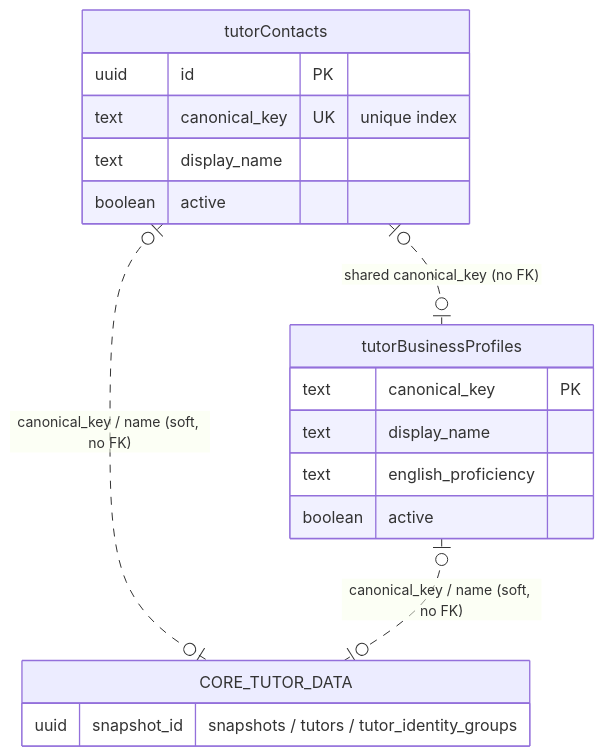
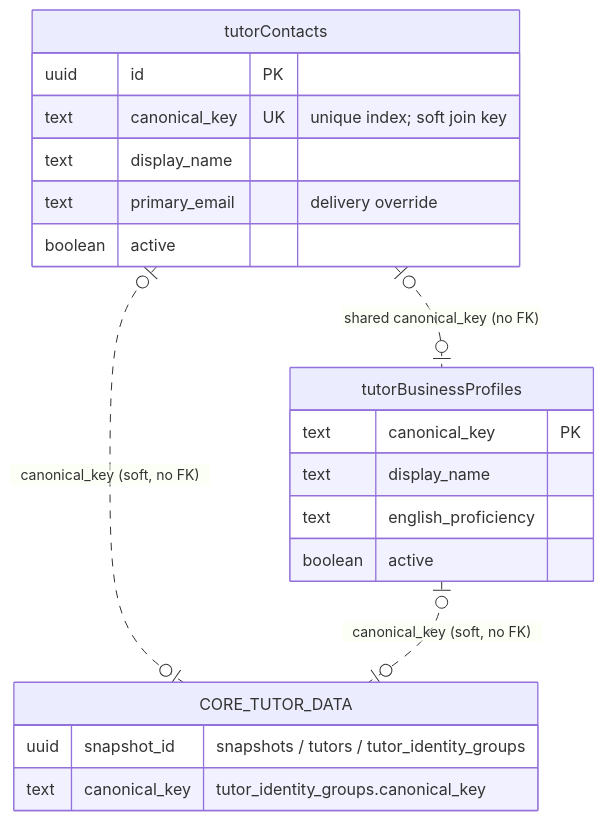
One commit to kasheesh711/bgscheduler changed the diagram in docs/reference/database/erd-tutor-profiles.md. Above: the diagram before and after it, drawn with Mermaid. The commit also changed other lines of this file and 71 other files, not shown here.

````diff
--- a/docs/reference/database/erd-tutor-profiles.md
+++ b/docs/reference/database/erd-tutor-profiles.md
@@ -11,24 +18,26 @@
 ```mermaid
 erDiagram
     tutorContacts {
         uuid id PK
-        text canonical_key UK "unique index"
+        text canonical_key UK "unique index; soft join key"
         text display_name
+        text primary_email "delivery override"
         boolean active
     }
 
     tutorBusinessProfiles {
         text canonical_key PK
         text display_name
         text english_proficiency
         boolean active
     }
 
     CORE_TUTOR_DATA {
         uuid snapshot_id "snapshots / tutors / tutor_identity_groups"
+        text canonical_key "tutor_identity_groups.canonical_key"
     }
 
-    tutorContacts |o..o| CORE_TUTOR_DATA : "canonical_key / name (soft, no FK)"
-    tutorBusinessProfiles |o..o| CORE_TUTOR_DATA : "canonical_key / name (soft, no FK)"
+    tutorContacts |o..o| CORE_TUTOR_DATA : "canonical_key (soft, no FK)"
+    tutorBusinessProfiles |o..o| CORE_TUTOR_DATA : "canonical_key (soft, no FK)"
     tutorContacts |o..o| tutorBusinessProfiles : "shared canonical_key (no FK)"
 ```
````
